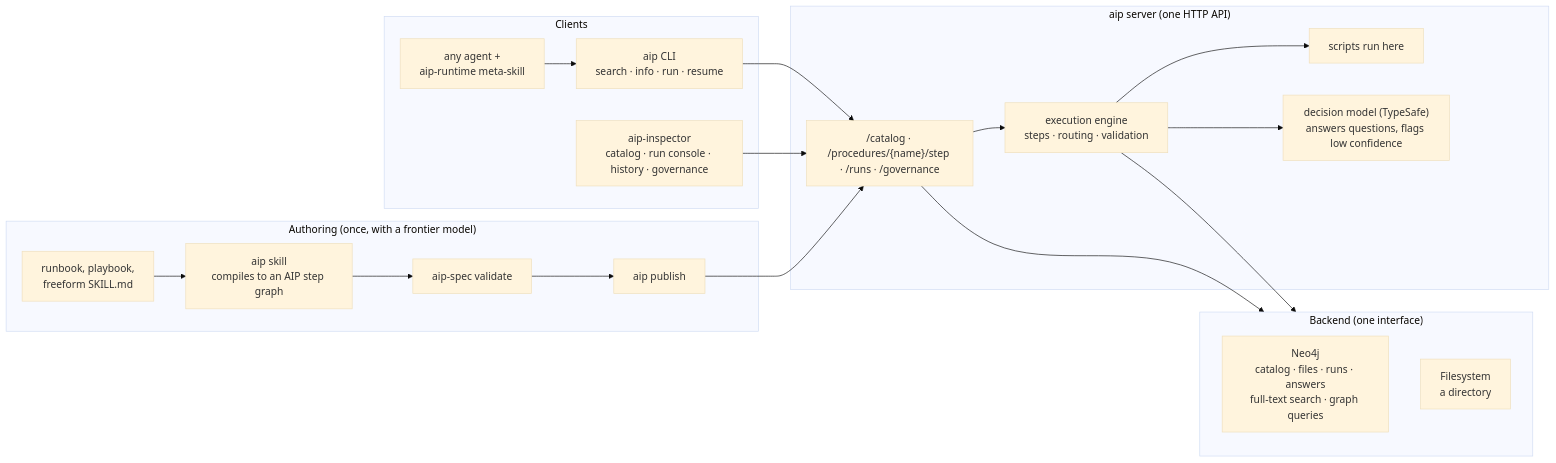
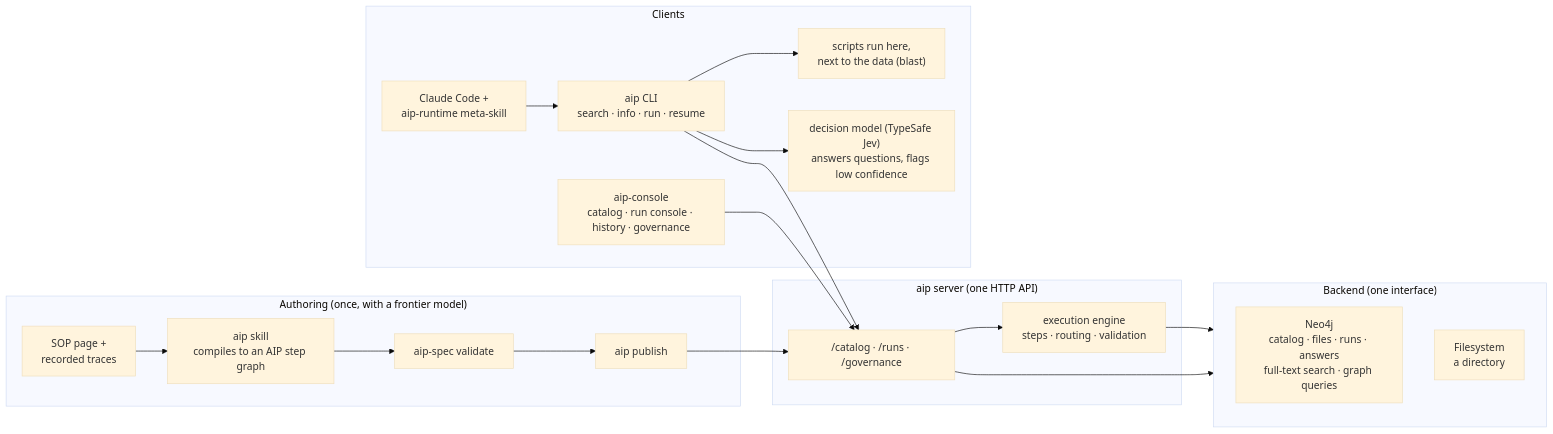
One commit to zach-blumenfeld/graph-memory-system-one-demo changed the diagram in aip-demo/README.md. Above: the diagram before and after it, drawn with Mermaid (base theme). The commit also changed other lines of this file and 36 other files, not shown here.

First line of the commit message:
aip-demo: rebuilt end to end on aip 0.6a1, aip-spec 0.6a1 and the aip-console

````diff
--- a/aip-demo/README.md
+++ b/aip-demo/README.md
@@ -397,30 +428,30 @@
 ```mermaid
 flowchart LR
     subgraph authoring["Authoring (once, with a frontier model)"]
-        doc["runbook, playbook,<br/>freeform SKILL.md"] --> skill["aip skill<br/>compiles to an AIP step graph"]
+        doc["SOP page +<br/>recorded traces"] --> skill["aip skill<br/>compiles to an AIP step graph"]
         skill --> validate["aip-spec validate"]
         validate --> publish["aip publish"]
     end
     subgraph clients["Clients"]
-        agent["any agent +<br/>aip-runtime meta-skill"] --> cli["aip CLI<br/>search · info · run · resume"]
-        insp["aip-inspector<br/>catalog · run console · history · governance"]
+        agent["Claude Code +<br/>aip-runtime meta-skill"] --> cli["aip CLI<br/>search · info · run · resume"]
+        insp["aip-console<br/>catalog · run console · history · governance"]
+        scripts["scripts run here,<br/>next to the data (blast)"]
+        model["decision model (TypeSafe Jev)<br/>answers questions, flags low confidence"]
+        cli --> scripts
+        cli --> model
     end
     subgraph server["aip server (one HTTP API)"]
-        api["/catalog · /procedures/{name}/step · /runs · /governance"]
+        api["/catalog · /runs · /governance"]
         engine["execution engine<br/>steps · routing · validation"]
-        scripts["scripts run here"]
-        model["decision model (TypeSafe)<br/>answers questions, flags low confidence"]
         api --> engine
-        engine --> scripts
-        engine --> model
     end
     subgraph backend["Backend (one interface)"]
         neo["Neo4j<br/>catalog · files · runs · answers<br/>full-text search · graph queries"]
         fs["Filesystem<br/>a directory"]
     end
     publish --> api
     cli --> api
     insp --> api
     engine --> backend
     api --> backend
 ```
````
